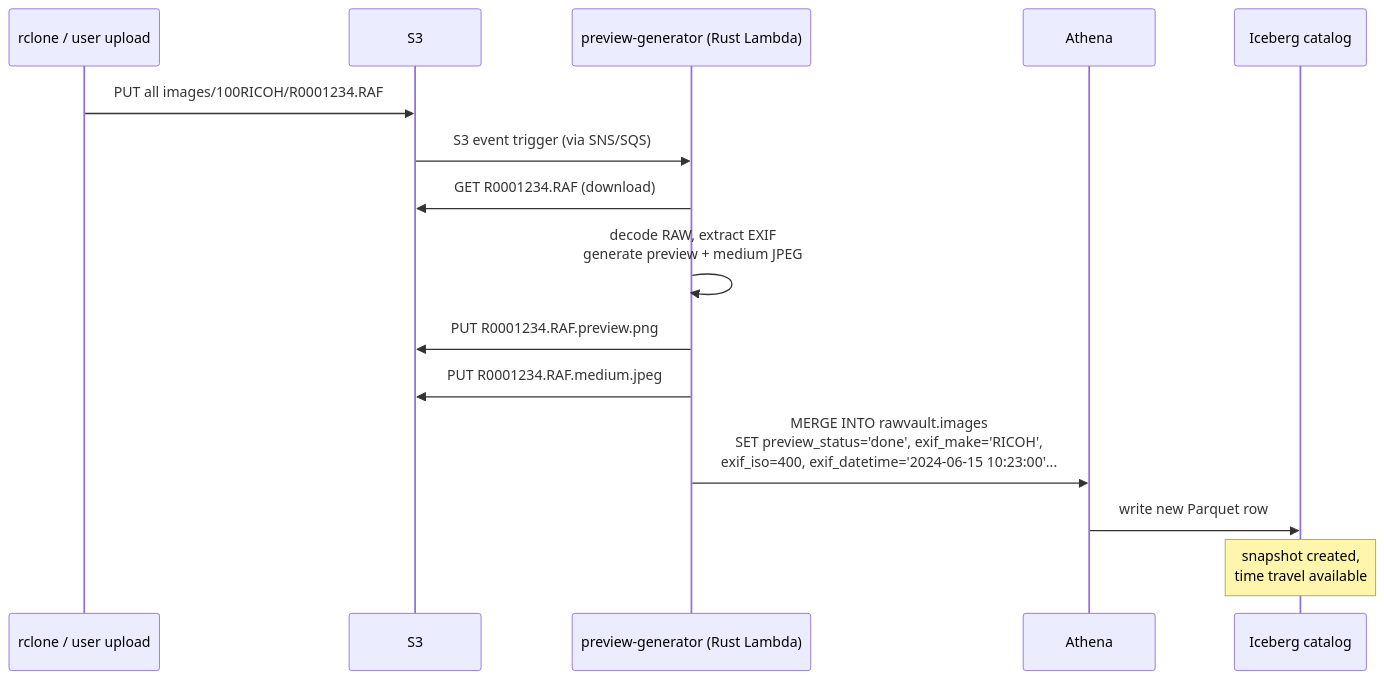
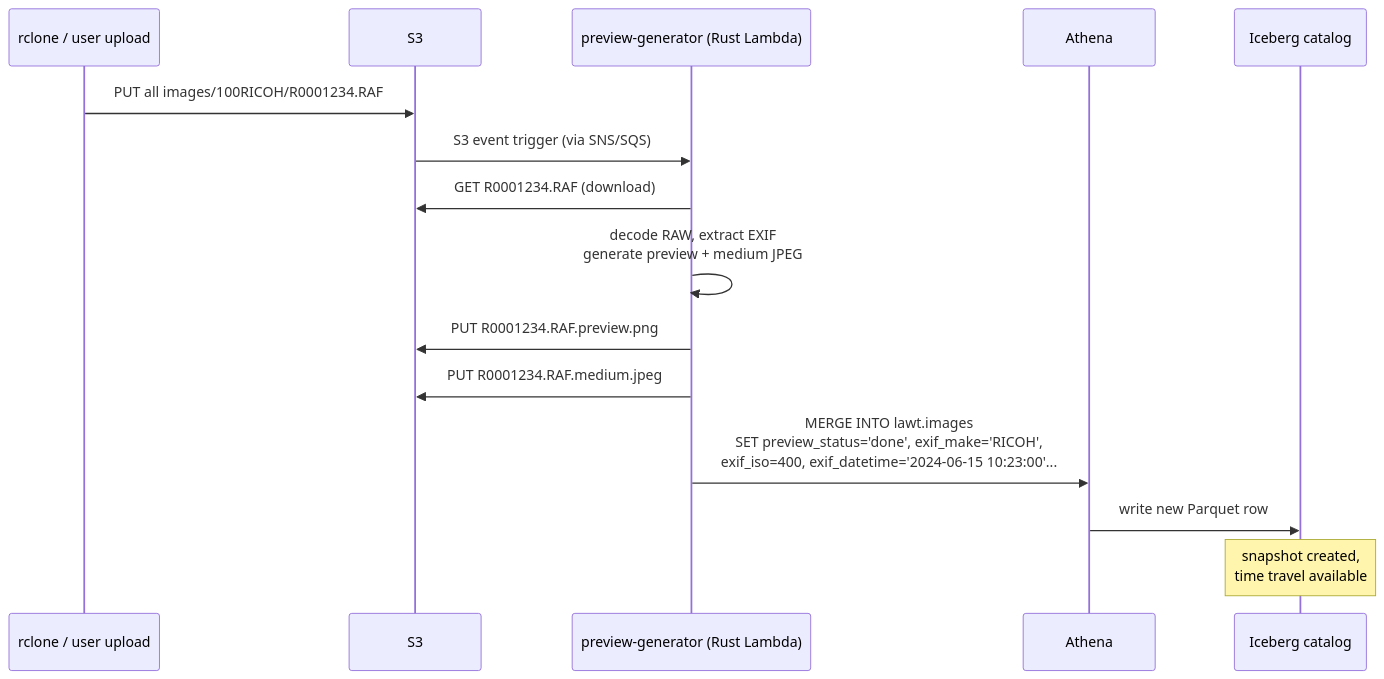
Before and after one commit to leftis/lawt: the sixth of 9 diagrams in docs/iceberg-plan.md, drawn with Mermaid. The commit also changed other lines of this file and 87 other files, not shown here.

````diff
--- a/docs/iceberg-plan.md
+++ b/docs/iceberg-plan.md
@@ -190,18 +190,18 @@
 ```mermaid
 sequenceDiagram
     participant rclone as rclone / user upload
     participant S3
     participant PreviewGen as preview-generator (Rust Lambda)
     participant Athena
     participant Iceberg as Iceberg catalog
 
     rclone->>S3: PUT all images/100RICOH/R0001234.RAF
     S3->>PreviewGen: S3 event trigger (via SNS/SQS)
     PreviewGen->>S3: GET R0001234.RAF (download)
     PreviewGen->>PreviewGen: decode RAW, extract EXIF<br/>generate preview + medium JPEG
     PreviewGen->>S3: PUT R0001234.RAF.preview.png
     PreviewGen->>S3: PUT R0001234.RAF.medium.jpeg
-    PreviewGen->>Athena: MERGE INTO rawvault.images<br/>SET preview_status='done', exif_make='RICOH',<br/>exif_iso=400, exif_datetime='2024-06-15 10:23:00'...
+    PreviewGen->>Athena: MERGE INTO lawt.images<br/>SET preview_status='done', exif_make='RICOH',<br/>exif_iso=400, exif_datetime='2024-06-15 10:23:00'...
     Athena->>Iceberg: write new Parquet row
     Note over Iceberg: snapshot created,<br/>time travel available
 ```
````
